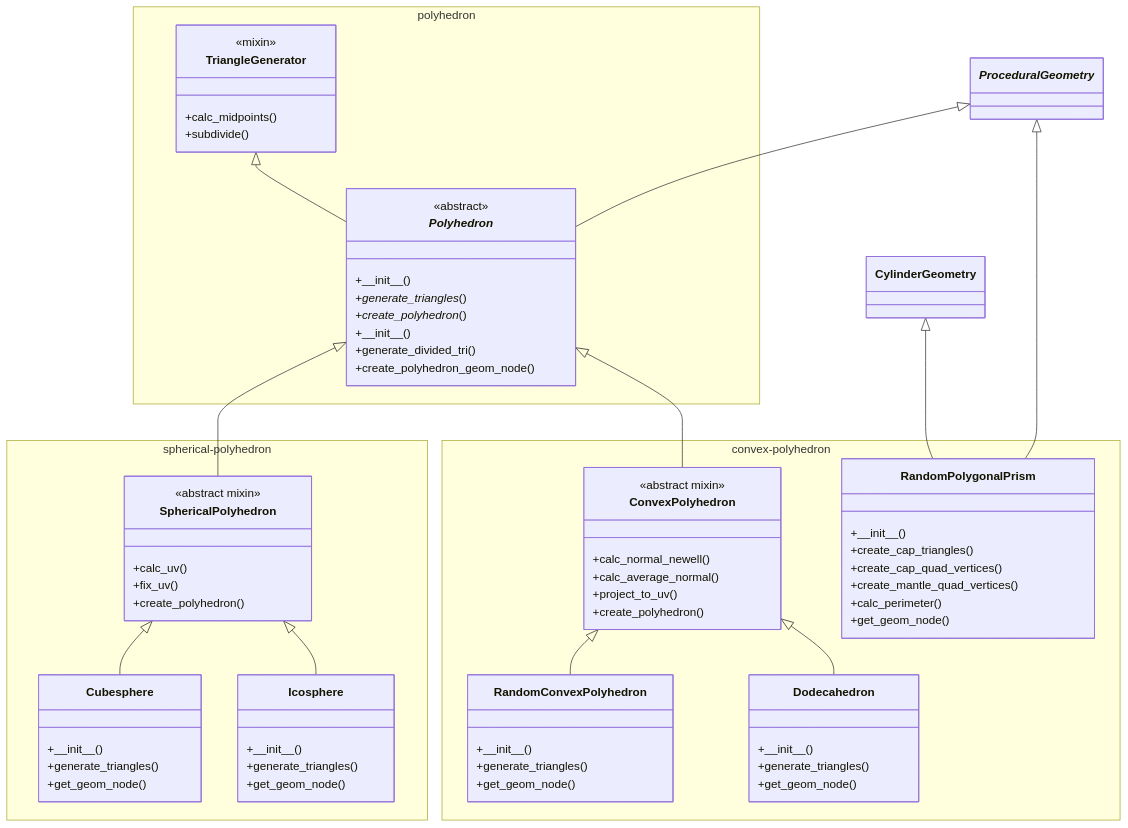
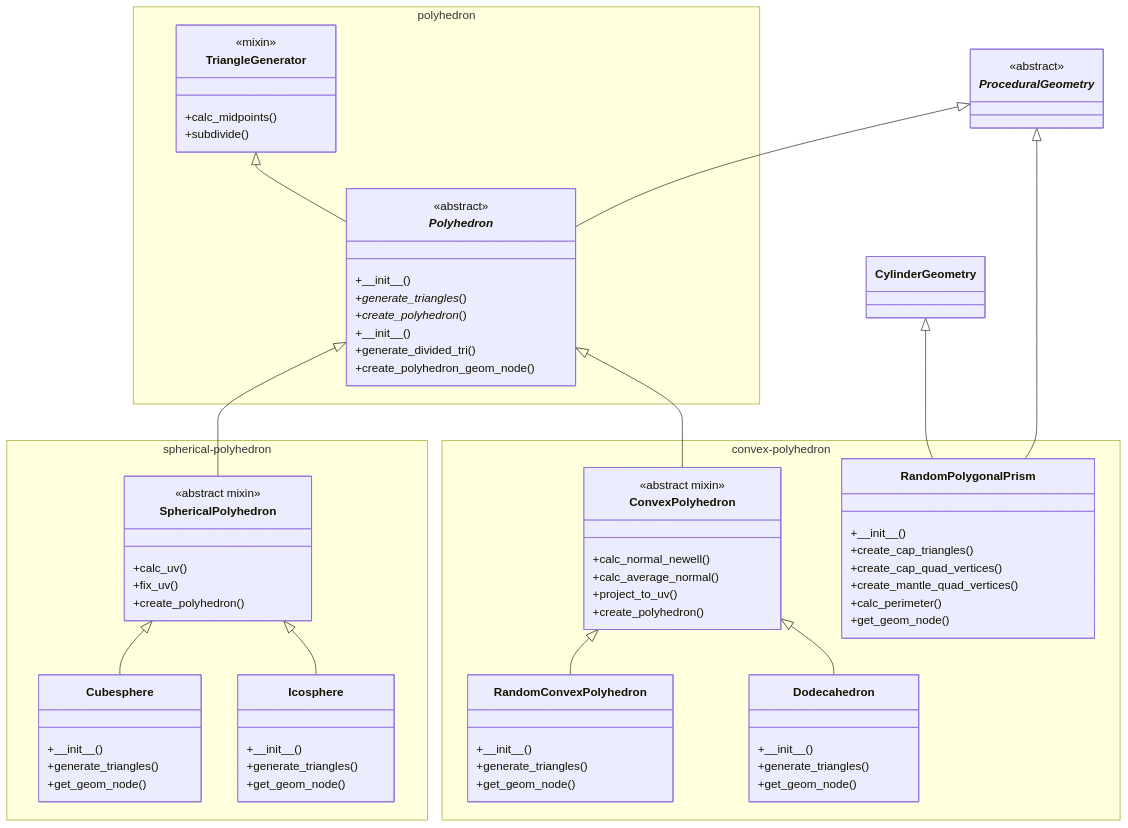
One commit to taKana671/shapes changed the fourth of 5 diagrams in README.md. Above: the diagram before and after it, drawn with Mermaid. The commit also changed other lines of this file, not shown here.

````diff
--- a/README.md
+++ b/README.md
@@ -329,5 +335,9 @@
 ```mermaid
 classDiagram
+
+  class _ProceduralGeometry_{
+    <<abstract>>
+  }
  
   namespace polyhedron{
     class TriangleGenerator {
````
